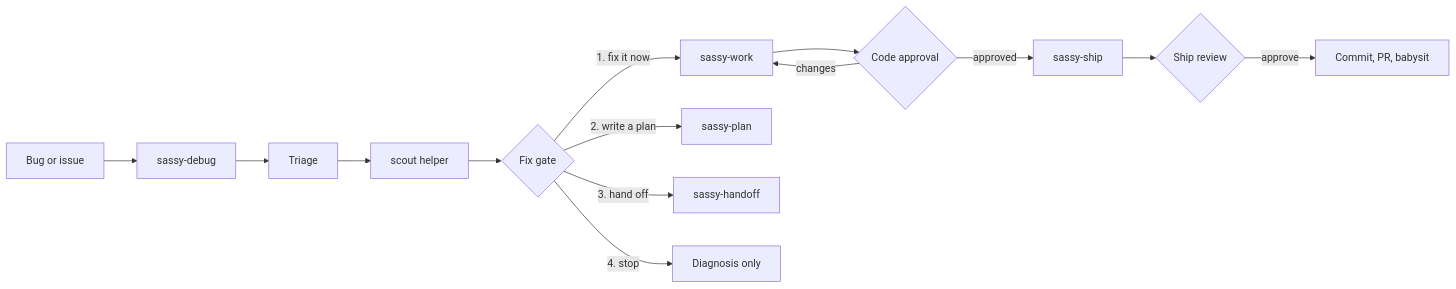
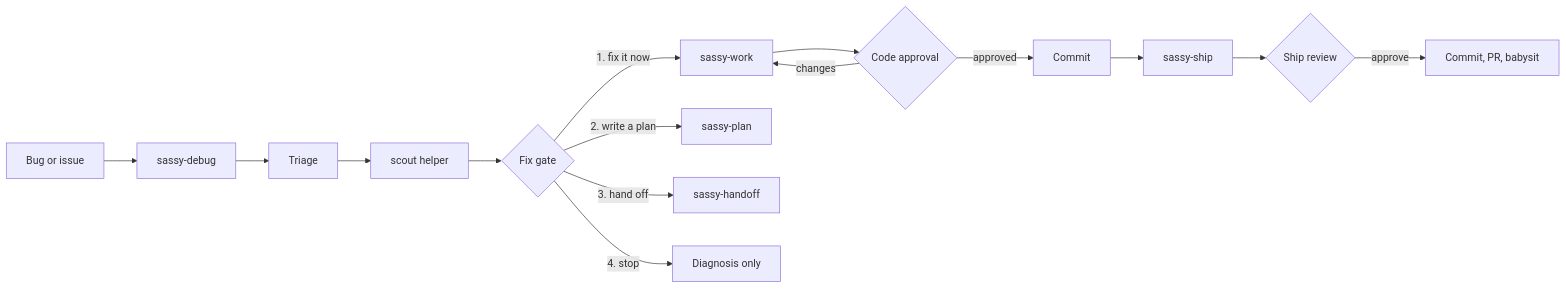
One commit to sassywares/sassy-skills changed the second of 2 diagrams in README.md. Above: the diagram before and after it, drawn with Mermaid. The commit also changed other lines of this file and 12 other files, not shown here.

````diff
--- a/README.md
+++ b/README.md
@@ -223,16 +228,17 @@
 ```mermaid
 flowchart LR
   A[Bug or issue] --> B[sassy-debug]
   B --> C[Triage]
   C --> D[scout helper]
   D --> E{Fix gate}
   E -->|1. fix it now| F[sassy-work]
   E -->|2. write a plan| G[sassy-plan]
   E -->|3. hand off| H[sassy-handoff]
   E -->|4. stop| I[Diagnosis only]
   F --> J{Code approval}
   J -->|changes| F
-  J -->|approved| K[sassy-ship]
+  J -->|approved| N[Commit]
+  N --> K[sassy-ship]
   K --> L{Ship review}
   L -->|approve| M[Commit, PR, babysit]
 ```
````
